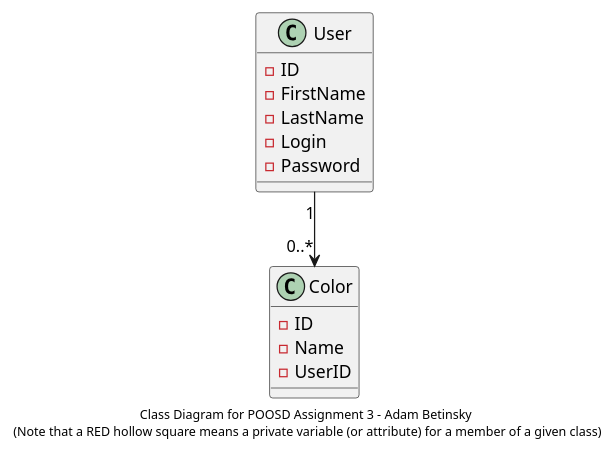
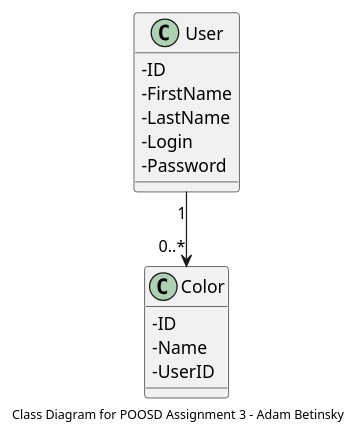
Before and after one commit to ABetinsky/Adam-Betinsky-COLORS-Lab: the diagram in docs/uml/class.puml, drawn with PlantUML. The commit also changed 1 other file, not shown here.

Commit message:
Updated class diagram by removing graphic icons

```diff
--- a/docs/uml/class.puml
+++ b/docs/uml/class.puml
@@ -5,26 +5,29 @@
 @startuml
+
+' Deactivate any graphics for icons
+skinparam classAttributeIconSize 0
 
 ' Define a class representing a user. All private variables are attributes to each user (with "Login" also being the Username)
 class User {
     - ID
     - FirstName
     - LastName
     - Login
     - Password
 }
 
 ' Define a class representing a color. All private variables are attributes to each color. Note that "ID" is the ID for the color in the database, and "UserID" is the ID for the user associated with that color
 class Color {
     - ID 
     - Name
     - UserID
 }
 
 ' Define a relationship that every 1 user can have 0 or infinitely many colors in their database
 User "1" --> "0..*" Color
 
 ' Add footer to the diagram
-footer Class Diagram for POOSD Assignment 3 - Adam Betinsky\n (Note that a RED hollow square means a private variable (or attribute) for a member of a given class)
+footer Class Diagram for POOSD Assignment 3 - Adam Betinsky
 skinparam footerFontColor black
 
 @enduml
```
